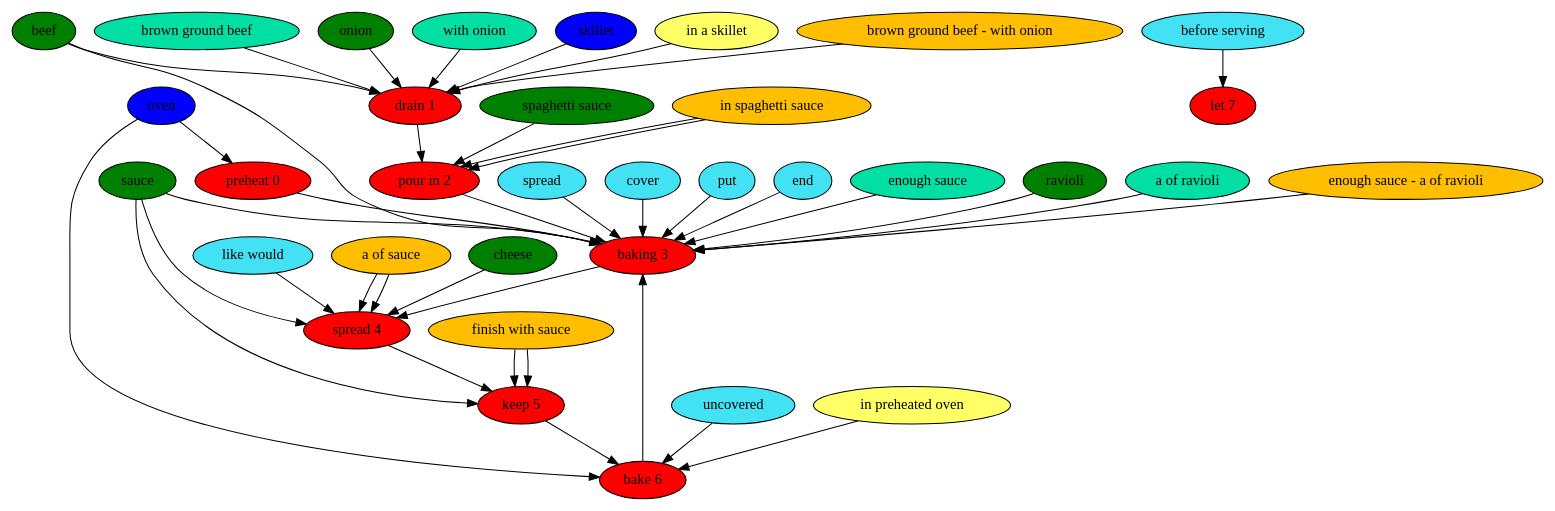
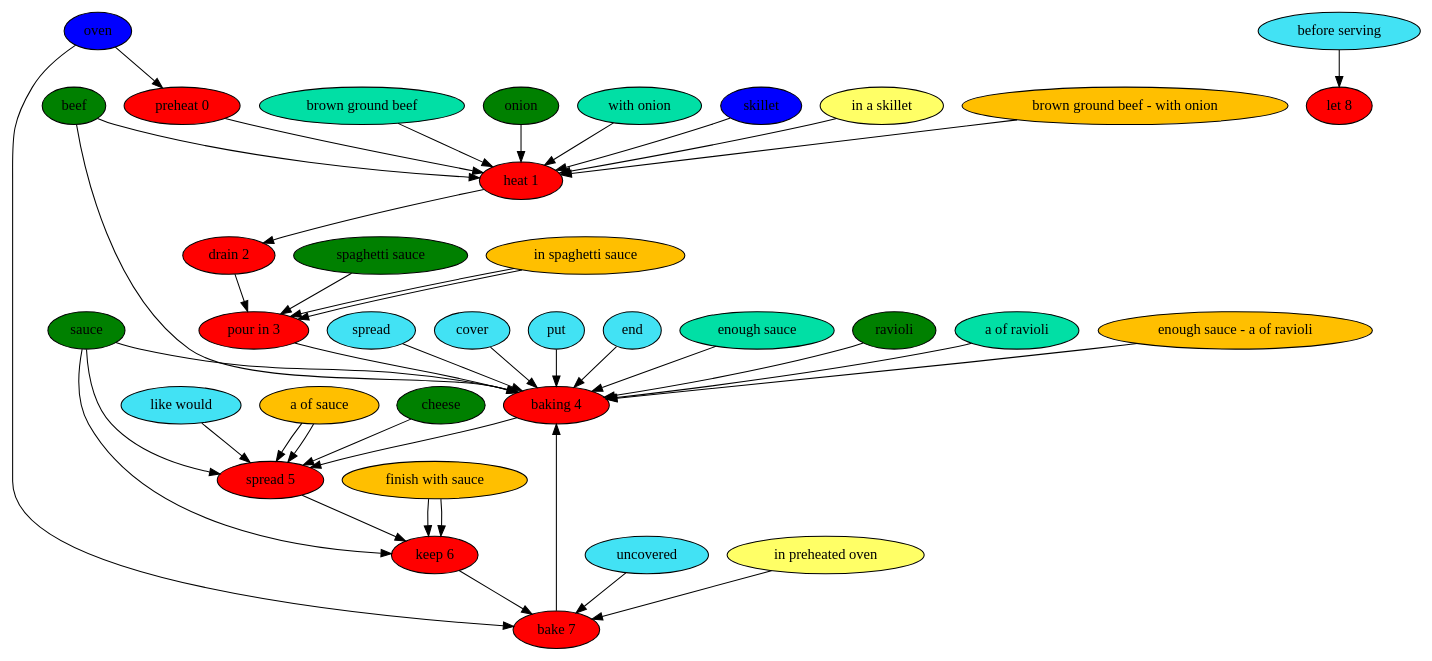
The diagram in results/paper/lazy-lasagna-ii.dot (can-keklik/RecipePostagger), drawn with Graphviz before and after one commit. The commit also changed 36 other files, not shown here.

```diff
--- a/results/paper/lazy-lasagna-ii.dot
+++ b/results/paper/lazy-lasagna-ii.dot
@@ -1,83 +1,85 @@
 digraph G {
 "preheat 0" [style=filled, fillcolor=red];
 oven [style=filled, fillcolor="#0000ff"];
 oven -> "preheat 0";
-"drain 1" [style=filled, fillcolor=red];
+"heat 1" [style=filled, fillcolor=red];
 beef [style=filled, fillcolor=green];
-beef -> "drain 1";
+beef -> "heat 1";
 "brown ground beef" [style=filled, fillcolor="#01DFA5"];
-"brown ground beef" -> "drain 1";
+"brown ground beef" -> "heat 1";
 onion [style=filled, fillcolor=green];
-onion -> "drain 1";
+onion -> "heat 1";
 "with onion" [style=filled, fillcolor="#01DFA5"];
-"with onion" -> "drain 1";
+"with onion" -> "heat 1";
 skillet [style=filled, fillcolor="#0000ff"];
-skillet -> "drain 1";
+skillet -> "heat 1";
 "in a skillet" [style=filled, fillcolor="#ffff66"];
-"in a skillet" -> "drain 1";
+"in a skillet" -> "heat 1";
 "brown ground beef - with onion" [style=filled, fillcolor="#FFBF00"];
-"brown ground beef - with onion" -> "drain 1";
-"pour in 2" [style=filled, fillcolor=red];
+"brown ground beef - with onion" -> "heat 1";
+"drain 2" [style=filled, fillcolor=red];
+"pour in 3" [style=filled, fillcolor=red];
 "spaghetti sauce" [style=filled, fillcolor=green];
-"spaghetti sauce" -> "pour in 2";
+"spaghetti sauce" -> "pour in 3";
 "in spaghetti sauce" [style=filled, fillcolor="#01DFA5"];
-"in spaghetti sauce" -> "pour in 2";
+"in spaghetti sauce" -> "pour in 3";
 "in spaghetti sauce" [style=filled, fillcolor="#FFBF00"];
-"in spaghetti sauce" -> "pour in 2";
-"baking 3" [style=filled, fillcolor=red];
+"in spaghetti sauce" -> "pour in 3";
+"baking 4" [style=filled, fillcolor=red];
 spread [style=filled, fillcolor="#42e2f4"];
-spread -> "baking 3";
+spread -> "baking 4";
 cover [style=filled, fillcolor="#42e2f4"];
-cover -> "baking 3";
+cover -> "baking 4";
 put [style=filled, fillcolor="#42e2f4"];
-put -> "baking 3";
+put -> "baking 4";
 end [style=filled, fillcolor="#42e2f4"];
-end -> "baking 3";
+end -> "baking 4";
 sauce [style=filled, fillcolor=green];
-sauce -> "baking 3";
+sauce -> "baking 4";
 "enough sauce" [style=filled, fillcolor="#01DFA5"];
-"enough sauce" -> "baking 3";
+"enough sauce" -> "baking 4";
 beef [style=filled, fillcolor=green];
-beef -> "baking 3";
+beef -> "baking 4";
 ravioli [style=filled, fillcolor=green];
-ravioli -> "baking 3";
+ravioli -> "baking 4";
 "a of ravioli" [style=filled, fillcolor="#01DFA5"];
-"a of ravioli" -> "baking 3";
+"a of ravioli" -> "baking 4";
 "enough sauce - a of ravioli" [style=filled, fillcolor="#FFBF00"];
-"enough sauce - a of ravioli" -> "baking 3";
-"spread 4" [style=filled, fillcolor=red];
+"enough sauce - a of ravioli" -> "baking 4";
+"spread 5" [style=filled, fillcolor=red];
 "like would" [style=filled, fillcolor="#42e2f4"];
-"like would" -> "spread 4";
+"like would" -> "spread 5";
 sauce [style=filled, fillcolor=green];
-sauce -> "spread 4";
+sauce -> "spread 5";
 "a of sauce" [style=filled, fillcolor="#01DFA5"];
-"a of sauce" -> "spread 4";
+"a of sauce" -> "spread 5";
 cheese [style=filled, fillcolor=green];
-cheese -> "spread 4";
+cheese -> "spread 5";
 "a of sauce" [style=filled, fillcolor="#FFBF00"];
-"a of sauce" -> "spread 4";
-"keep 5" [style=filled, fillcolor=red];
+"a of sauce" -> "spread 5";
+"keep 6" [style=filled, fillcolor=red];
 sauce [style=filled, fillcolor=green];
-sauce -> "keep 5";
+sauce -> "keep 6";
 "finish with sauce" [style=filled, fillcolor="#01DFA5"];
-"finish with sauce" -> "keep 5";
+"finish with sauce" -> "keep 6";
 "finish with sauce" [style=filled, fillcolor="#FFBF00"];
-"finish with sauce" -> "keep 5";
-"bake 6" [style=filled, fillcolor=red];
+"finish with sauce" -> "keep 6";
+"bake 7" [style=filled, fillcolor=red];
 uncovered [style=filled, fillcolor="#42e2f4"];
-uncovered -> "bake 6";
+uncovered -> "bake 7";
 oven [style=filled, fillcolor="#0000ff"];
-oven -> "bake 6";
+oven -> "bake 7";
 "in preheated oven" [style=filled, fillcolor="#ffff66"];
-"in preheated oven" -> "bake 6";
-"let 7" [style=filled, fillcolor=red];
+"in preheated oven" -> "bake 7";
+"let 8" [style=filled, fillcolor=red];
 "before serving" [style=filled, fillcolor="#42e2f4"];
-"before serving" -> "let 7";
-"preheat 0" -> "baking 3";
-"drain 1" -> "pour in 2";
-"pour in 2" -> "baking 3";
-"baking 3" -> "spread 4";
-"spread 4" -> "keep 5";
-"keep 5" -> "bake 6";
-"bake 6" -> "baking 3";
+"before serving" -> "let 8";
+"preheat 0" -> "heat 1";
+"heat 1" -> "drain 2";
+"drain 2" -> "pour in 3";
+"pour in 3" -> "baking 4";
+"baking 4" -> "spread 5";
+"spread 5" -> "keep 6";
+"keep 6" -> "bake 7";
+"bake 7" -> "baking 4";
 }
```
